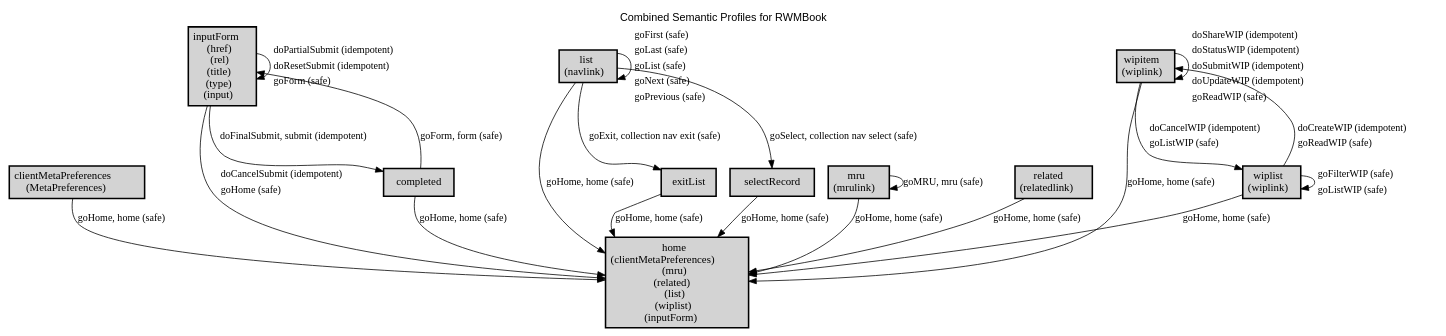
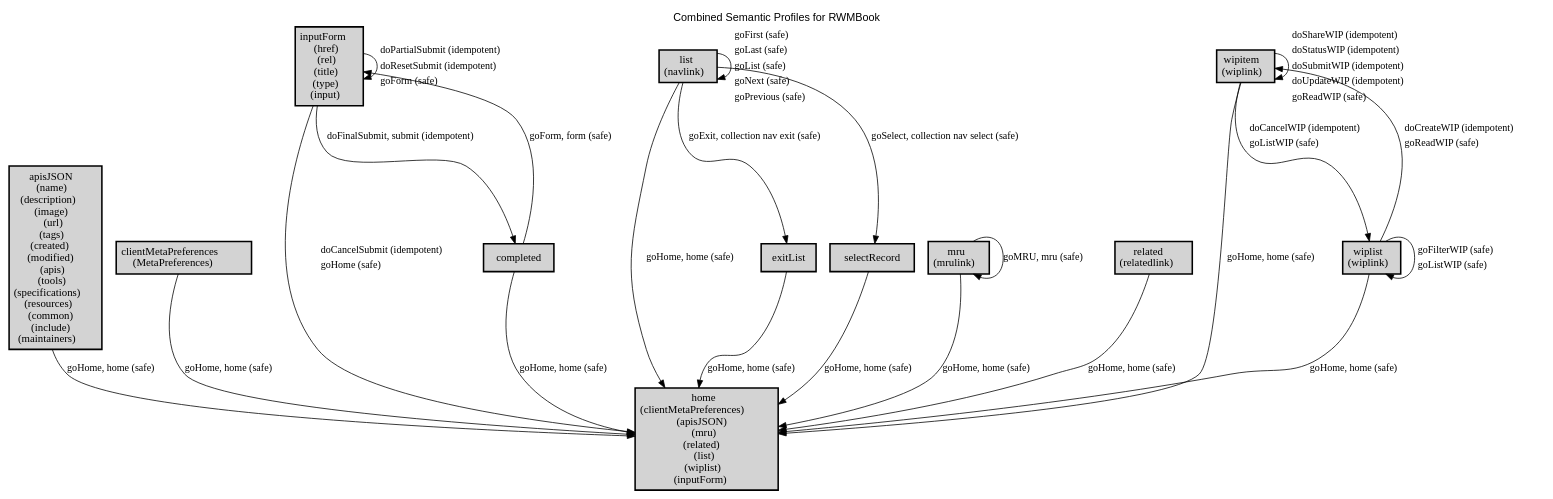
One commit to webapicookbook/alps-documents changed the diagram in docs/combined/combined.dot. Above: the diagram before and after it, drawn with Graphviz. The commit also changed 38 other files, not shown here.

```diff
--- a/docs/combined/combined.dot
+++ b/docs/combined/combined.dot
@@ -1,45 +1,47 @@
 digraph application_state_diagram {
   graph [
     labelloc="t";
     fontname="Helvetica"
     label="Combined Semantic Profiles for RWMBook";
     URL="index.html" target="_parent"
   ];
   node [shape = box, style = "bold,filled" fillcolor="lightgray"];
 
+    apisJSON [margin=0.02, label=<<table cellspacing="0" cellpadding="5" border="0"><tr><td>apisJSON<br />(name)<br />(description)<br />(image)<br />(url)<br />(tags)<br />(created)<br />(modified)<br />(apis)<br />(tools)<br />(specifications)<br />(resources)<br />(common)<br />(include)<br />(maintainers)<br /></td></tr></table>>,shape=box URL="docs/semantic.apisJSON.html" target="_parent"]
     clientMetaPreferences [margin=0.02, label=<<table cellspacing="0" cellpadding="5" border="0"><tr><td>clientMetaPreferences<br />(MetaPreferences)<br /></td></tr></table>>,shape=box URL="docs/semantic.clientMetaPreferences.html" target="_parent"]
-    home [margin=0.02, label=<<table cellspacing="0" cellpadding="5" border="0"><tr><td>home<br />(clientMetaPreferences)<br />(mru)<br />(related)<br />(list)<br />(wiplist)<br />(inputForm)<br /></td></tr></table>>,shape=box URL="docs/semantic.home.html" target="_parent"]
+    home [margin=0.02, label=<<table cellspacing="0" cellpadding="5" border="0"><tr><td>home<br />(clientMetaPreferences)<br />(apisJSON)<br />(mru)<br />(related)<br />(list)<br />(wiplist)<br />(inputForm)<br /></td></tr></table>>,shape=box URL="docs/semantic.home.html" target="_parent"]
     inputForm [margin=0.02, label=<<table cellspacing="0" cellpadding="5" border="0"><tr><td>inputForm<br />(href)<br />(rel)<br />(title)<br />(type)<br />(input)<br /></td></tr></table>>,shape=box URL="docs/semantic.inputForm.html" target="_parent"]
     list [margin=0.02, label=<<table cellspacing="0" cellpadding="5" border="0"><tr><td>list<br />(navlink)<br /></td></tr></table>>,shape=box URL="docs/semantic.list.html" target="_parent"]
     mru [margin=0.02, label=<<table cellspacing="0" cellpadding="5" border="0"><tr><td>mru<br />(mrulink)<br /></td></tr></table>>,shape=box URL="docs/semantic.mru.html" target="_parent"]
     related [margin=0.02, label=<<table cellspacing="0" cellpadding="5" border="0"><tr><td>related<br />(relatedlink)<br /></td></tr></table>>,shape=box URL="docs/semantic.related.html" target="_parent"]
     wipitem [margin=0.02, label=<<table cellspacing="0" cellpadding="5" border="0"><tr><td>wipitem<br />(wiplink)<br /></td></tr></table>>,shape=box URL="docs/semantic.wipitem.html" target="_parent"]
     wiplist [margin=0.02, label=<<table cellspacing="0" cellpadding="5" border="0"><tr><td>wiplist<br />(wiplink)<br /></td></tr></table>>,shape=box URL="docs/semantic.wiplist.html" target="_parent"]
 
+    apisJSON -> home [label = <goHome, home (safe)> URL="docs/safe.goHome.html" target="_parent" fontsize=13];
     clientMetaPreferences -> home [label = <goHome, home (safe)> URL="docs/safe.goHome.html" target="_parent" fontsize=13];
     completed -> home [label = <goHome, home (safe)> URL="docs/safe.goHome.html" target="_parent" fontsize=13];
     completed -> inputForm [label = <goForm, form (safe)> URL="docs/safe.goForm.html" target="_parent" fontsize=13];
     exitList -> home [label = <goHome, home (safe)> URL="docs/safe.goHome.html" target="_parent" fontsize=13];
     inputForm -> completed [label = <doFinalSubmit, submit (idempotent)> URL="docs/idempotent.doFinalSubmit.html" target="_parent" fontsize=13];
     inputForm -> home [label=<<table  border="0"><tr><td align="left" href="docs/idempotent.doCancelSubmit.html">doCancelSubmit (idempotent)</td></tr><tr><td align="left" href="docs/safe.goHome.html">goHome (safe)</td></tr></table>> fontsize=13];
     inputForm -> inputForm [label=<<table  border="0"><tr><td align="left" href="docs/idempotent.doPartialSubmit.html">doPartialSubmit (idempotent)</td></tr><tr><td align="left" href="docs/idempotent.doResetSubmit.html">doResetSubmit (idempotent)</td></tr><tr><td align="left" href="docs/safe.goForm.html">goForm (safe)</td></tr></table>> fontsize=13];
     list -> exitList [label = <goExit, collection nav exit (safe)> URL="docs/safe.goExit.html" target="_parent" fontsize=13];
     list -> home [label = <goHome, home (safe)> URL="docs/safe.goHome.html" target="_parent" fontsize=13];
     list -> list [label=<<table  border="0"><tr><td align="left" href="docs/safe.goFirst.html">goFirst (safe)</td></tr><tr><td align="left" href="docs/safe.goLast.html">goLast (safe)</td></tr><tr><td align="left" href="docs/safe.goList.html">goList (safe)</td></tr><tr><td align="left" href="docs/safe.goNext.html">goNext (safe)</td></tr><tr><td align="left" href="docs/safe.goPrevious.html">goPrevious (safe)</td></tr></table>> fontsize=13];
     list -> selectRecord [label = <goSelect, collection nav select (safe)> URL="docs/safe.goSelect.html" target="_parent" fontsize=13];
     mru -> home [label = <goHome, home (safe)> URL="docs/safe.goHome.html" target="_parent" fontsize=13];
     mru -> mru [label = <goMRU, mru (safe)> URL="docs/safe.goMRU.html" target="_parent" fontsize=13];
     related -> home [label = <goHome, home (safe)> URL="docs/safe.goHome.html" target="_parent" fontsize=13];
     selectRecord -> home [label = <goHome, home (safe)> URL="docs/safe.goHome.html" target="_parent" fontsize=13];
     wipitem -> home [label = <goHome, home (safe)> URL="docs/safe.goHome.html" target="_parent" fontsize=13];
     wipitem -> wipitem [label=<<table  border="0"><tr><td align="left" href="docs/idempotent.doShareWIP.html">doShareWIP (idempotent)</td></tr><tr><td align="left" href="docs/idempotent.doStatusWIP.html">doStatusWIP (idempotent)</td></tr><tr><td align="left" href="docs/idempotent.doSubmitWIP.html">doSubmitWIP (idempotent)</td></tr><tr><td align="left" href="docs/idempotent.doUpdateWIP.html">doUpdateWIP (idempotent)</td></tr><tr><td align="left" href="docs/safe.goReadWIP.html">goReadWIP (safe)</td></tr></table>> fontsize=13];
     wipitem -> wiplist [label=<<table  border="0"><tr><td align="left" href="docs/idempotent.doCancelWIP.html">doCancelWIP (idempotent)</td></tr><tr><td align="left" href="docs/safe.goListWIP.html">goListWIP (safe)</td></tr></table>> fontsize=13];
     wiplist -> home [label = <goHome, home (safe)> URL="docs/safe.goHome.html" target="_parent" fontsize=13];
     wiplist -> wipitem [label=<<table  border="0"><tr><td align="left" href="docs/idempotent.doCreateWIP.html">doCreateWIP (idempotent)</td></tr><tr><td align="left" href="docs/safe.goReadWIP.html">goReadWIP (safe)</td></tr></table>> fontsize=13];
     wiplist -> wiplist [label=<<table  border="0"><tr><td align="left" href="docs/safe.goFilterWIP.html">goFilterWIP (safe)</td></tr><tr><td align="left" href="docs/safe.goListWIP.html">goListWIP (safe)</td></tr></table>> fontsize=13];
 
     completed [label = <completed> URL="docs/semantic.completed.html" target="_parent"]
     exitList [label = <exitList> URL="docs/semantic.exitList.html" target="_parent"]
     selectRecord [label = <selectRecord> URL="docs/semantic.selectRecord.html" target="_parent"]
 
 }
```
